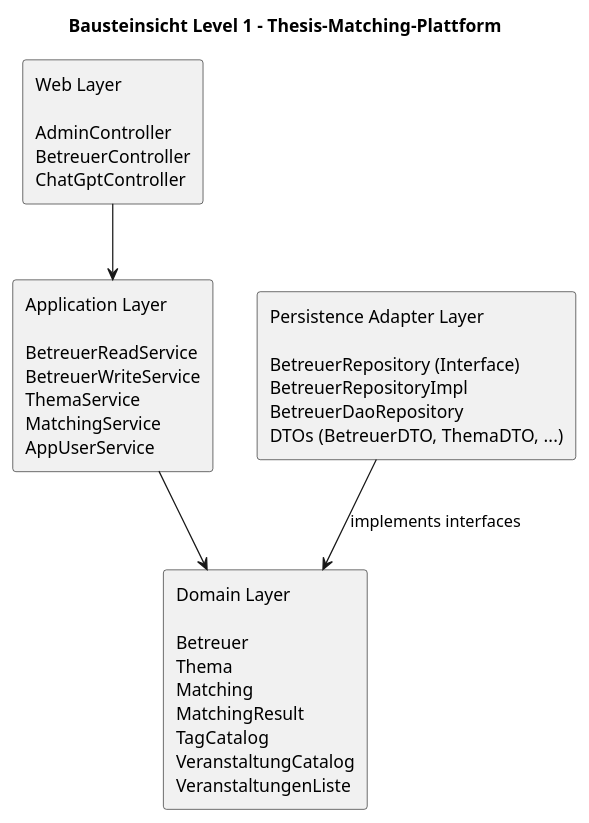
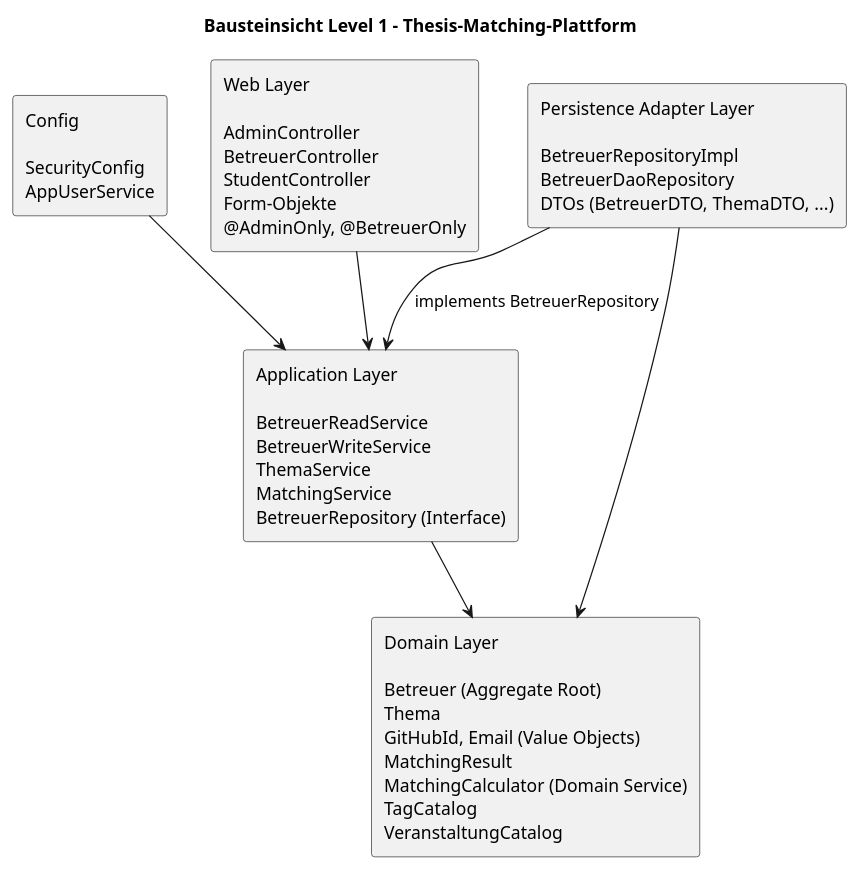
Before and after one commit to AchilovMirzojafar/ThesisMatch: the diagram in docs/diagrams/building-blocks-l1.puml, drawn with PlantUML. The commit also changed 107 other files, not shown here.

```diff
--- a/docs/diagrams/building-blocks-l1.puml
+++ b/docs/diagrams/building-blocks-l1.puml
@@ -1,18 +1,22 @@
 @startuml
 title Bausteinsicht Level 1 – Thesis-Matching-Plattform
 skinparam shadowing false
 top to bottom direction
 
-rectangle "Web Layer\n\nAdminController\nBetreuerController\nChatGptController" as Web
+rectangle "Config\n\nSecurityConfig\nAppUserService" as Config
 
-rectangle "Application Layer\n\nBetreuerReadService\nBetreuerWriteService\nThemaService\nMatchingService\nAppUserService" as App
+rectangle "Web Layer\n\nAdminController\nBetreuerController\nStudentController\nForm-Objekte\n@AdminOnly, @BetreuerOnly" as Web
 
-rectangle "Domain Layer\n\nBetreuer\nThema\nMatching\nMatchingResult\nTagCatalog\nVeranstaltungCatalog\nVeranstaltungenListe" as Domain
+rectangle "Application Layer\n\nBetreuerReadService\nBetreuerWriteService\nThemaService\nMatchingService\nBetreuerRepository (Interface)" as App
 
-rectangle "Persistence Adapter Layer\n\nBetreuerRepository (Interface)\nBetreuerRepositoryImpl\nBetreuerDaoRepository\nDTOs (BetreuerDTO, ThemaDTO, ...)" as Persistence
+rectangle "Domain Layer\n\nBetreuer (Aggregate Root)\nThema\nGitHubId, Email (Value Objects)\nMatchingResult\nMatchingCalculator (Domain Service)\nTagCatalog\nVeranstaltungCatalog" as Domain
+
+rectangle "Persistence Adapter Layer\n\nBetreuerRepositoryImpl\nBetreuerDaoRepository\nDTOs (BetreuerDTO, ThemaDTO, ...)" as Persistence
 
 Web --> App
+Config --> App
 App --> Domain
-Persistence --> Domain : implements interfaces
+Persistence --> App : implements BetreuerRepository
+Persistence --> Domain
 
 @enduml
```
